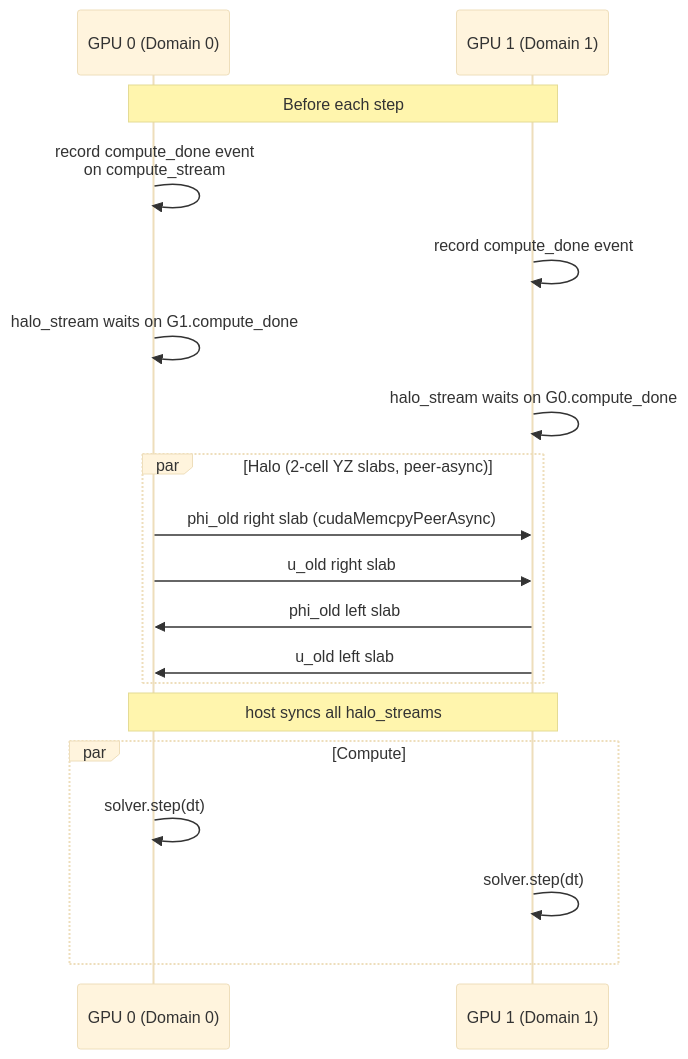
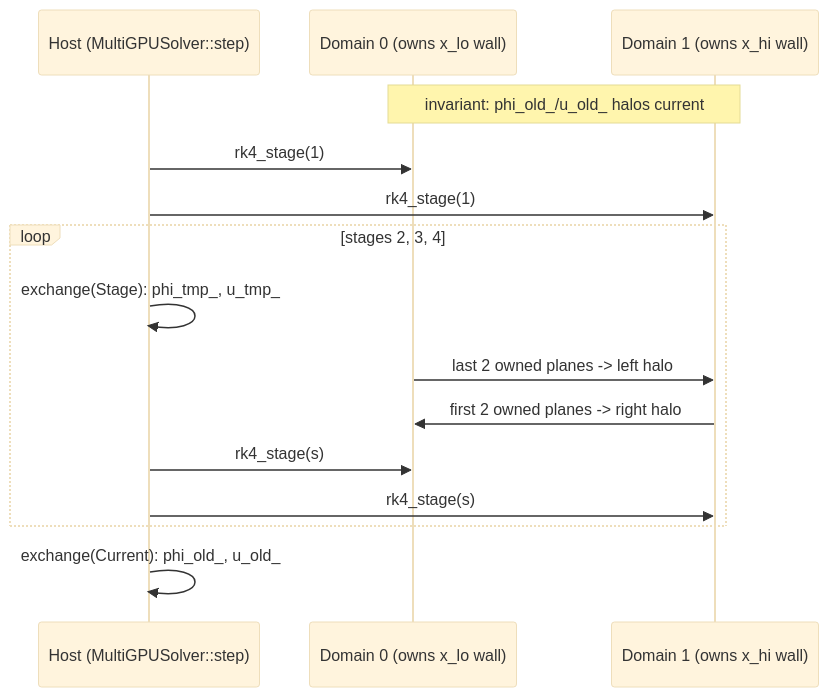
Before and after one commit to myousefi2016/Allen-Cahn-CUDA: the sixth of 9 diagrams in docs/ARCHITECTURE.md, drawn with Mermaid (base theme). The commit also changed other lines of this file and 14 other files, not shown here.

````diff
--- a/docs/ARCHITECTURE.md
+++ b/docs/ARCHITECTURE.md
@@ -297,26 +309,18 @@
 ```mermaid
 sequenceDiagram
-    participant G0 as GPU 0 (Domain 0)
-    participant G1 as GPU 1 (Domain 1)
+    participant H as Host (MultiGPUSolver::step)
+    participant G0 as Domain 0 (owns x_lo wall)
+    participant G1 as Domain 1 (owns x_hi wall)
 
-    Note over G0,G1: Before each step
-
-    G0->>G0: record compute_done event<br/>on compute_stream
-    G1->>G1: record compute_done event
-    G0->>G0: halo_stream waits on G1.compute_done
-    G1->>G1: halo_stream waits on G0.compute_done
-
-    par Halo (2-cell YZ slabs, peer-async)
-        G0->>G1: phi_old right slab (cudaMemcpyPeerAsync)
-        G0->>G1: u_old   right slab
-        G1->>G0: phi_old left  slab
-        G1->>G0: u_old   left  slab
+    Note over G0,G1: invariant: phi_old_/u_old_ halos current
+    H->>G0: rk4_stage(1)
+    H->>G1: rk4_stage(1)
+    loop stages 2, 3, 4
+        H->>H: exchange(Stage): phi_tmp_, u_tmp_
+        G0->>G1: last 2 owned planes -> left halo
+        G1->>G0: first 2 owned planes -> right halo
+        H->>G0: rk4_stage(s)
+        H->>G1: rk4_stage(s)
     end
-
-    Note over G0,G1: host syncs all halo_streams
-
-    par Compute
-        G0->>G0: solver.step(dt)
-        G1->>G1: solver.step(dt)
-    end
+    H->>H: exchange(Current): phi_old_, u_old_
 ```
````
